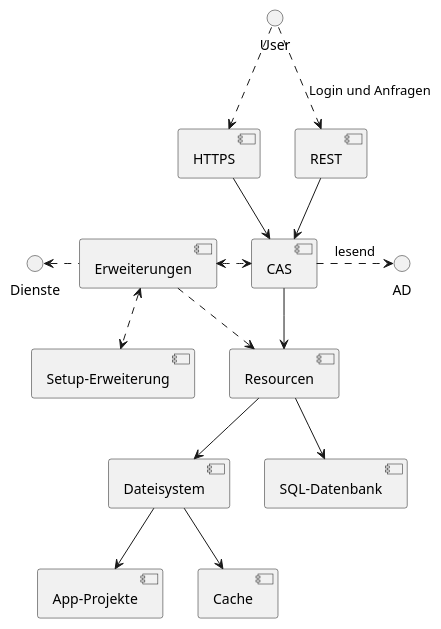
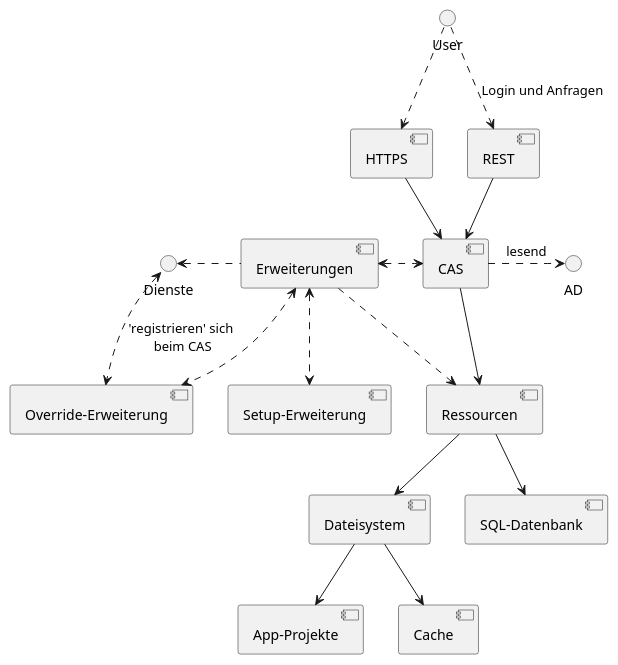
One commit to minova-afis/aero.minova.cas changed the diagram in doc/adoc/structure.adoc. Above: the diagram before and after it, drawn with PlantUML. The commit also changed other lines of this file, not shown here.

```diff
--- a/doc/adoc/structure.adoc
+++ b/doc/adoc/structure.adoc
@@ -7,19 +7,21 @@
 [plantuml, format="svg"]
 ....
 @startuml
 User ..> [HTTPS]
 User ..> [REST]: Login und Anfragen
 [HTTPS] --> [CAS]
 [REST] --> [CAS]
 [CAS] .right.> AD: lesend
-[CAS] --> [Resourcen]
-[Resourcen] --> [Dateisystem]
+[CAS] --> [Ressourcen]
+[Ressourcen] --> [Dateisystem]
 [Dateisystem] --> [App-Projekte]
 [Dateisystem] --> [Cache]
-[Resourcen] --> [SQL-Datenbank]
+[Ressourcen] --> [SQL-Datenbank]
 [CAS] <.left.> [Erweiterungen]
 [Erweiterungen] <.down.> [Setup-Erweiterung]
+[Erweiterungen] <.down.> [Override-Erweiterung]
 [Erweiterungen] .left.> Dienste
-[Erweiterungen] ..> [Resourcen]
+[Override-Erweiterung] <.left.> Dienste : 'registrieren' sich\n beim CAS
+[Erweiterungen] ..> [Ressourcen]
 @enduml
 ....
```
